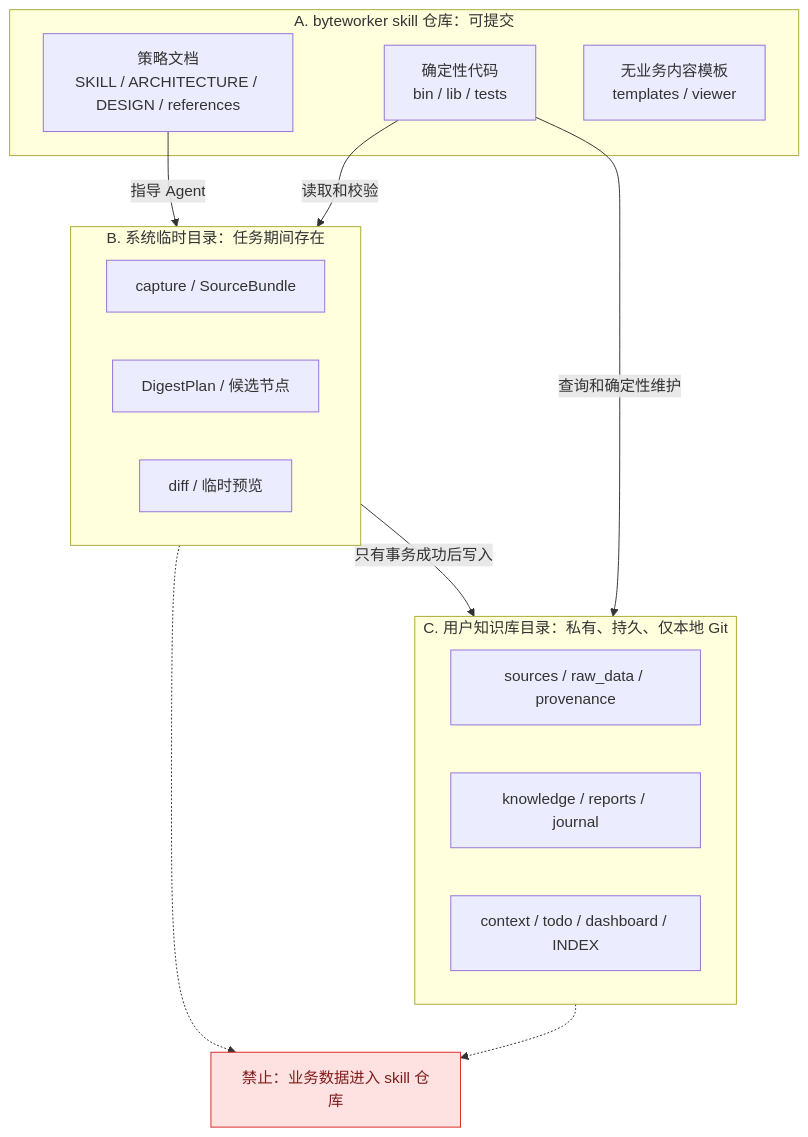
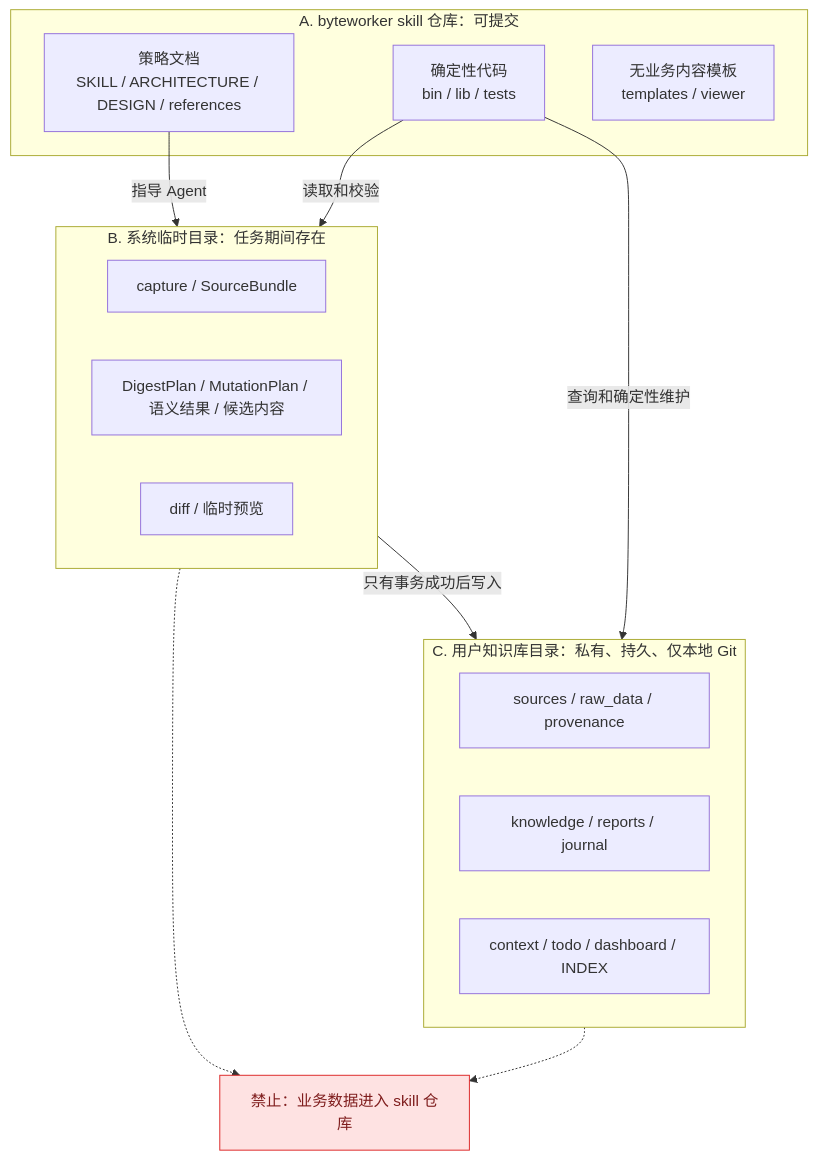
One commit to ranjiao/byteworker changed the second of 19 diagrams in ARCHITECTURE.md. Above: the diagram before and after it, drawn with Mermaid. The commit also changed other lines of this file and 3 other files, not shown here.

Commit message:
docs: synchronize architecture and remediation status

````diff
--- a/ARCHITECTURE.md
+++ b/ARCHITECTURE.md
@@ -58,31 +58,31 @@
 ```mermaid
 flowchart TB
     subgraph R["A. byteworker skill 仓库：可提交"]
         R1["策略文档<br/>SKILL / ARCHITECTURE / DESIGN / references"]
         R2["确定性代码<br/>bin / lib / tests"]
         R3["无业务内容模板<br/>templates / viewer"]
     end
 
     subgraph T["B. 系统临时目录：任务期间存在"]
         T1["capture / SourceBundle"]
-        T2["DigestPlan / 候选节点"]
+        T2["DigestPlan / MutationPlan / 语义结果 / 候选内容"]
         T3["diff / 临时预览"]
     end
 
     subgraph K["C. 用户知识库目录：私有、持久、仅本地 Git"]
         K1["sources / raw_data / provenance"]
         K2["knowledge / reports / journal"]
         K3["context / todo / dashboard / INDEX"]
     end
 
     R1 -->|"指导 Agent"| T
     R2 -->|"读取和校验"| T
     T -->|"只有事务成功后写入"| K
     R2 -->|"查询和确定性维护"| K
 
     X["禁止：业务数据进入 skill 仓库"]:::danger
     T -.-> X
     K -.-> X
 
     classDef danger fill:#fee2e2,stroke:#dc2626,color:#7f1d1d
 ```
````
